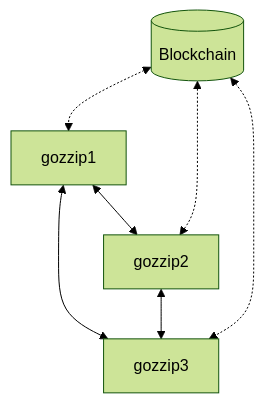
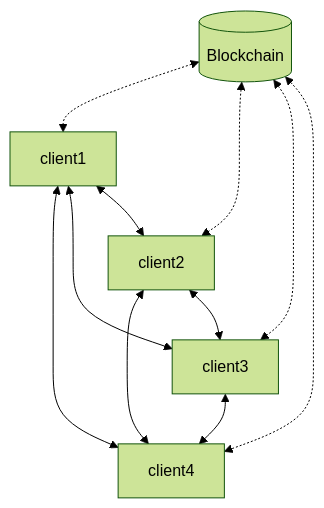
One commit to Kryha/EthDam2023 changed the first of 2 diagrams in README.md. Above: the diagram before and after it, drawn with Mermaid (forest theme). The commit also changed other lines of this file, not shown here.

Commit message:
updated architecture

````diff
--- a/README.md
+++ b/README.md
@@ -7,10 +2,11 @@
 ```mermaid
 flowchart TB
     bc[(Blockchain)]
-    bc <-.-> gozzip1
-    bc <-.-> gozzip2
-    bc <-.-> gozzip3
-    gozzip1 <--> gozzip3
-    gozzip1 <--> gozzip2
-    gozzip2 <--> gozzip3
+    bc <-.-> client1
+    bc <-.-> client2
+    bc <-.-> client3
+    bc <-.-> client4
+    client1 & client2 & client3 <--> client4
+    client1 & client2 <--> client3
+    client1 <--> client2
 ```
````
